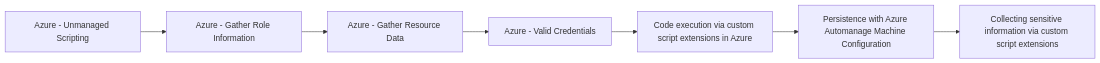
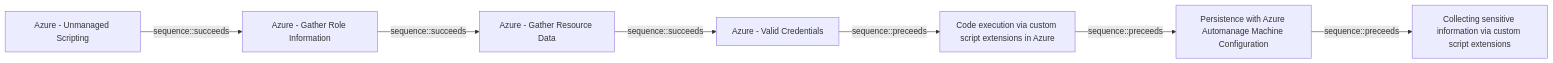
One commit to opentidehq/library changed the diagram in docs/threats/azure-unmanaged-scripting.md. Above: the diagram before and after it, drawn with Mermaid. The commit also changed other lines of this file and 277 other files, not shown here.

````diff
--- a/docs/threats/azure-unmanaged-scripting.md
+++ b/docs/threats/azure-unmanaged-scripting.md
@@ -57,16 +95,16 @@
 ```mermaid
 flowchart LR
 0815bc77_169d_4320_aa32_770cf062509a["Azure - Unmanaged Scripting"]
 140907eb_c9fb_4330_9d71_656422388b2b["Azure - Gather Role Information"]
 b1593e0b_1b3b_462d_9ab6_21d1c136469d["Azure - Gather Resource Data"]
 2743bf18_3b86_4721_bf3e_153dcda0b149["Azure - Valid Credentials"]
 61ddc240_e5a6_4ca8_ae77_6b471b498913["Code execution via custom script extensions in Azure"]
 23f6a192_a25d_48b8_a235_7bb55e483682["Persistence with Azure Automanage Machine Configuration"]
 b954303c_0ad0_4dc0_b5ca_492c3de9cd53["Collecting sensitive information via custom script extensions"]
-0815bc77_169d_4320_aa32_770cf062509a --> 140907eb_c9fb_4330_9d71_656422388b2b
-140907eb_c9fb_4330_9d71_656422388b2b --> b1593e0b_1b3b_462d_9ab6_21d1c136469d
-b1593e0b_1b3b_462d_9ab6_21d1c136469d --> 2743bf18_3b86_4721_bf3e_153dcda0b149
-2743bf18_3b86_4721_bf3e_153dcda0b149 --> 61ddc240_e5a6_4ca8_ae77_6b471b498913
-61ddc240_e5a6_4ca8_ae77_6b471b498913 --> 23f6a192_a25d_48b8_a235_7bb55e483682
-23f6a192_a25d_48b8_a235_7bb55e483682 --> b954303c_0ad0_4dc0_b5ca_492c3de9cd53
+0815bc77_169d_4320_aa32_770cf062509a -->|sequence::succeeds| 140907eb_c9fb_4330_9d71_656422388b2b
+140907eb_c9fb_4330_9d71_656422388b2b -->|sequence::succeeds| b1593e0b_1b3b_462d_9ab6_21d1c136469d
+b1593e0b_1b3b_462d_9ab6_21d1c136469d -->|sequence::succeeds| 2743bf18_3b86_4721_bf3e_153dcda0b149
+2743bf18_3b86_4721_bf3e_153dcda0b149 -->|sequence::preceeds| 61ddc240_e5a6_4ca8_ae77_6b471b498913
+61ddc240_e5a6_4ca8_ae77_6b471b498913 -->|sequence::preceeds| 23f6a192_a25d_48b8_a235_7bb55e483682
+23f6a192_a25d_48b8_a235_7bb55e483682 -->|sequence::preceeds| b954303c_0ad0_4dc0_b5ca_492c3de9cd53
 ```
````
